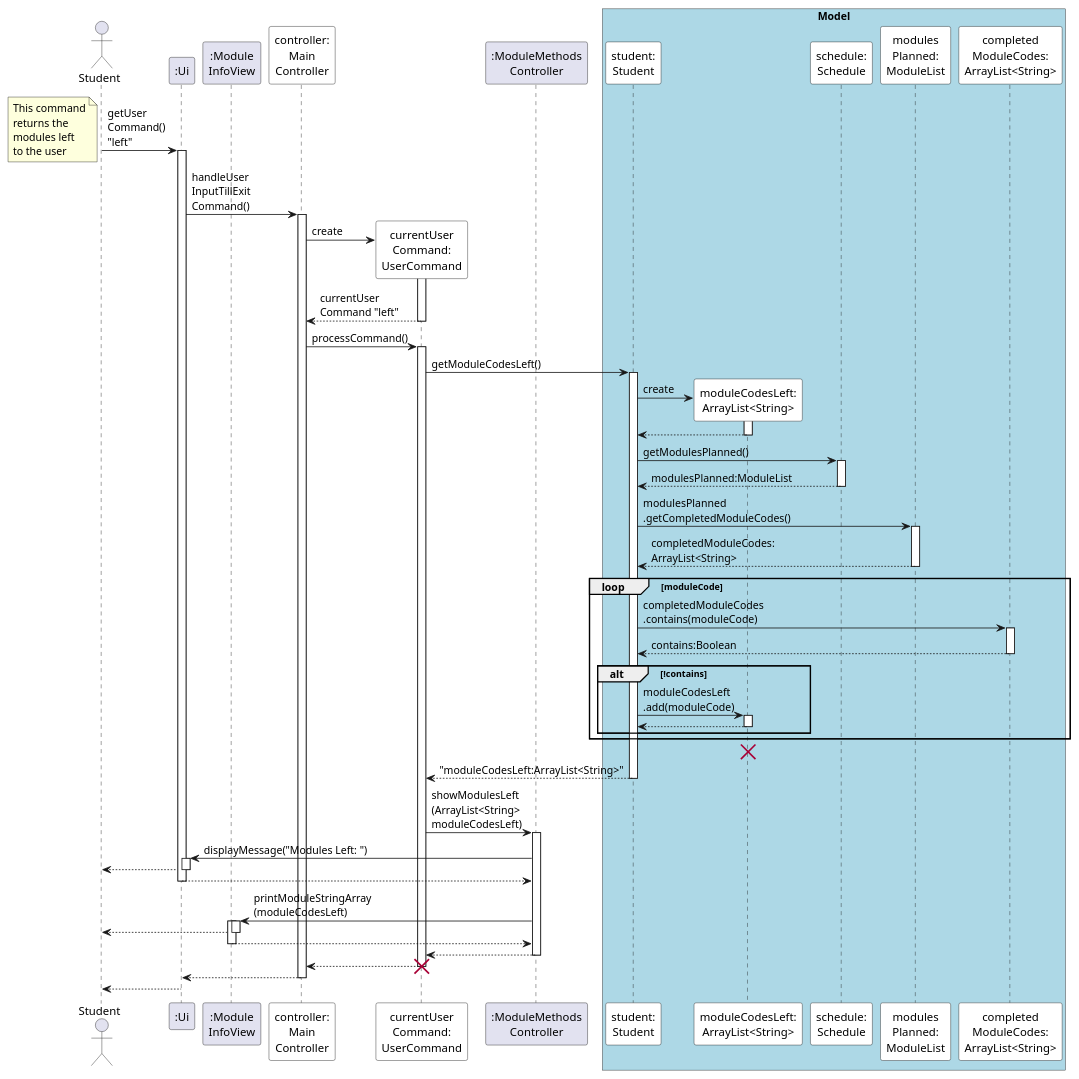
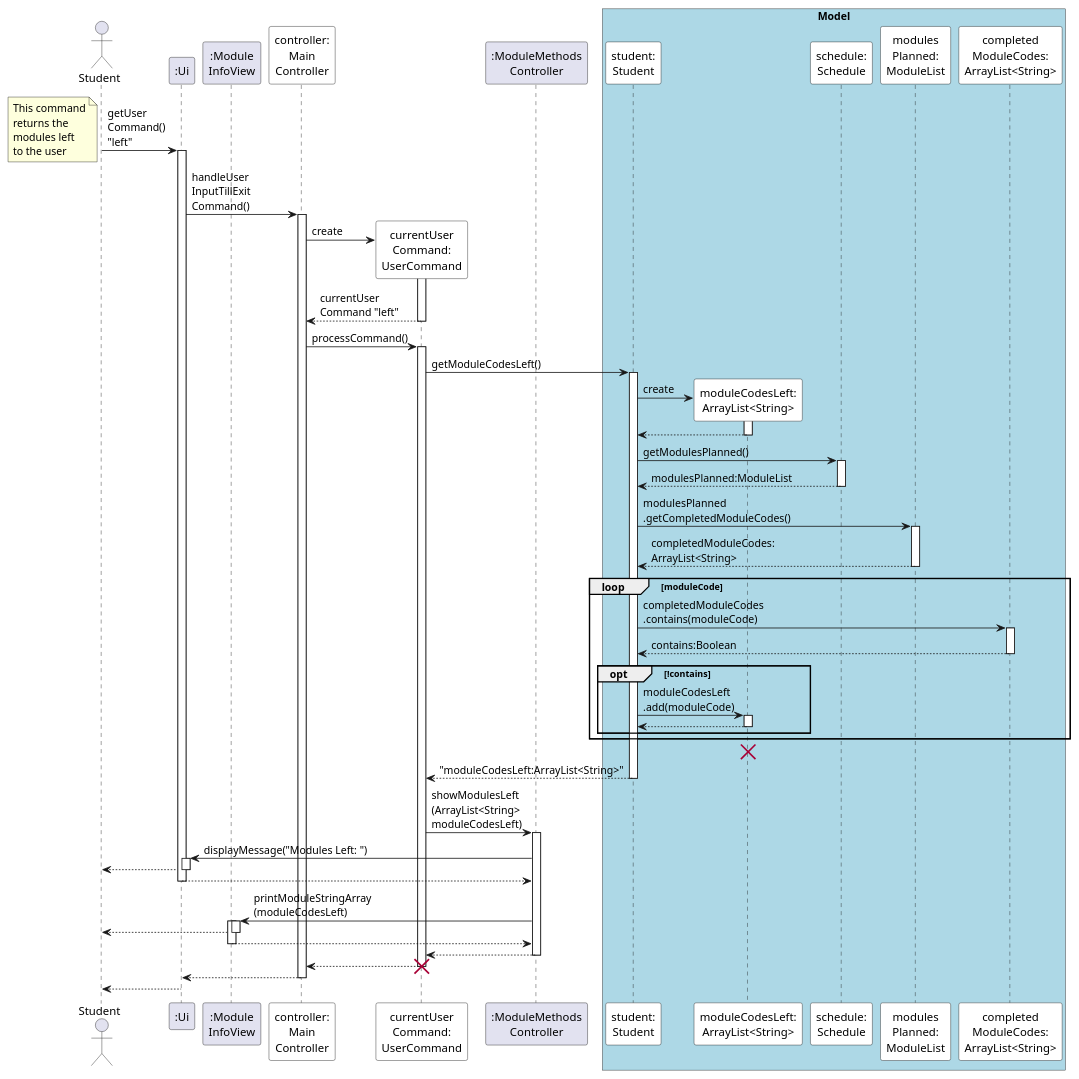
The diagram in docs/diagrams/LeftFeature.puml (ryanlohyr/NUSDegs), drawn with PlantUML before and after one commit. The commit also changed 5 other files, not shown here.

Commit message:
update required feature sequence diagram in DG #142

```diff
--- a/docs/diagrams/LeftFeature.puml
+++ b/docs/diagrams/LeftFeature.puml
@@ -1,109 +1,109 @@
 @startuml
 'https://plantuml.com/sequence-diagram
 
 'autonumber
 autoactivate on
 
 actor Student
 
 participant ":Ui" as UI
 participant ":Module\nInfoView" as MIV
 
 
 Student -> UI: getUser\nCommand() \n"left"
 note bottom
 This command
 returns the
 modules left
 to the user
 end note
 
 participant "controller:\nMain\nController" as MC #white
 
 UI -> MC: handleUser\nInputTillExit\nCommand()
 
 participant "currentUser\nCommand:\nUserCommand" as UC #white
 
 participant ":ModuleMethods\nController" as MMC
 
 
 MC -> UC **: create
 activate UC
 UC --> MC: currentUser\nCommand "left"
 
 MC -> UC: processCommand()
 
 box "Model" #LightBlue
 participant "student:\nStudent" as S #white
 participant "moduleCodesLeft:\nArrayList<String>" as MCL #white
 participant "schedule:\nSchedule" as SCH #white
 participant "modules\nPlanned:\nModuleList" as MP #white
 participant "completed\nModuleCodes:\nArrayList<String>" as CMC #white
 end box
 
 
 
 UC -> S: getModuleCodesLeft()
 
 
 'create moduleCodesLeft
 S -> MCL **: create
 activate MCL
 MCL --> S
 
 
 
 'schedule.getModulesPlanned().getCompletedModuleCodes()
 S -> SCH: getModulesPlanned()
 SCH --> S: modulesPlanned:ModuleList
 
 
 S -> MP: modulesPlanned\n.getCompletedModuleCodes()
 MP --> S: completedModuleCodes:\nArrayList<String>
 
 
 
 loop moduleCode
 
     S -> CMC: completedModuleCodes\n.contains(moduleCode)
     CMC --> S: contains:Boolean
 
-    alt !contains
+    opt !contains
         'moduleCodesLeft.add(moduleCode)
         S -> MCL: moduleCodesLeft\n.add(moduleCode)
         MCL --> S
     end
 
 end
 
 destroy MCL
 
 S --> UC: "moduleCodesLeft:ArrayList<String>"
 
 
 UC -> MMC: showModulesLeft\n(ArrayList<String> \nmoduleCodesLeft)
 
 MMC -> UI: displayMessage("Modules Left: ")
 UI --> Student
 UI --> MMC
 
 
 MMC -> MIV: printModuleStringArray\n(moduleCodesLeft)
 activate MIV
 MIV --> Student
 MIV --> MMC
 deactivate MIV
 
 
 MMC --> UC
 
 UC --> MC
 destroy UC
 
 
 MC --> UI
 UI --> Student
 
 
 
 @enduml
```
